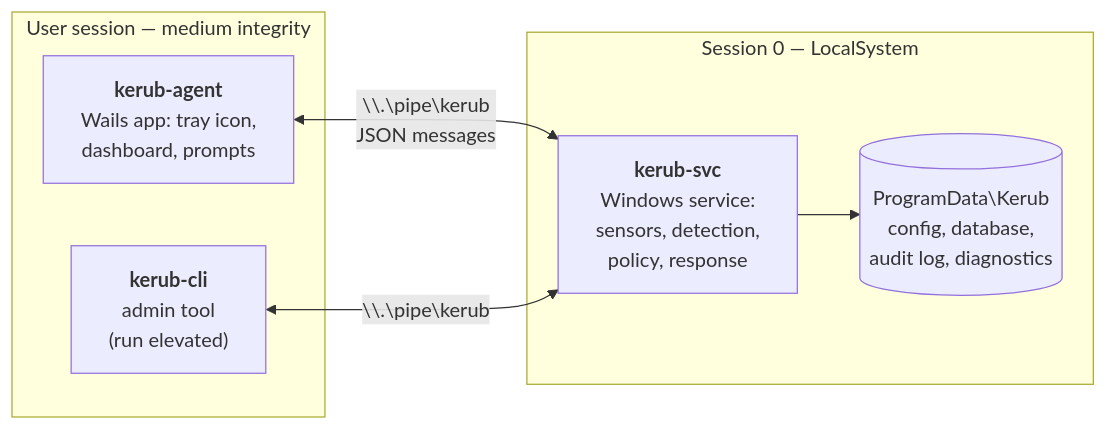
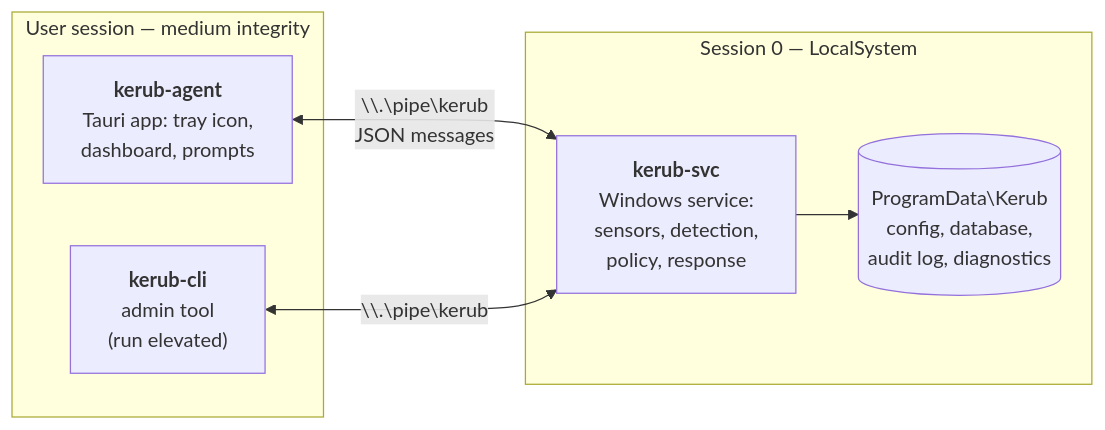
One commit to TouyA0/kerub changed the second of 5 diagrams in docs/architecture.md. Above: the diagram before and after it, drawn with Mermaid. The commit also changed other lines of this file and 2 other files, not shown here.

````diff
--- a/docs/architecture.md
+++ b/docs/architecture.md
@@ -63,14 +63,14 @@
 ```mermaid
 flowchart LR
     subgraph USER["User session — medium integrity"]
-        AG["<b>kerub-agent</b><br/>Wails app: tray icon,<br/>dashboard, prompts"]
+        AG["<b>kerub-agent</b><br/>Tauri app: tray icon,<br/>dashboard, prompts"]
         CLI["<b>kerub-cli</b><br/>admin tool<br/>(run elevated)"]
     end
     subgraph SYS["Session 0 — LocalSystem"]
         SVC["<b>kerub-svc</b><br/>Windows service:<br/>sensors, detection,<br/>policy, response"]
         DATA[("ProgramData\Kerub<br/>config, database,<br/>audit log, diagnostics")]
     end
     AG <-->|"\\.\pipe\kerub<br/>JSON messages"| SVC
     CLI <-->|"\\.\pipe\kerub"| SVC
     SVC --> DATA
 ```
````
